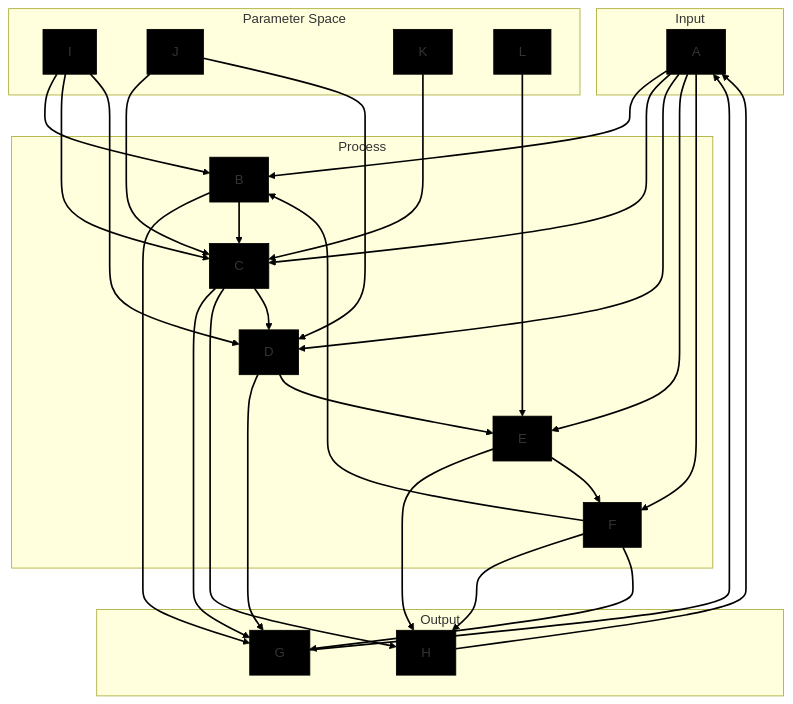
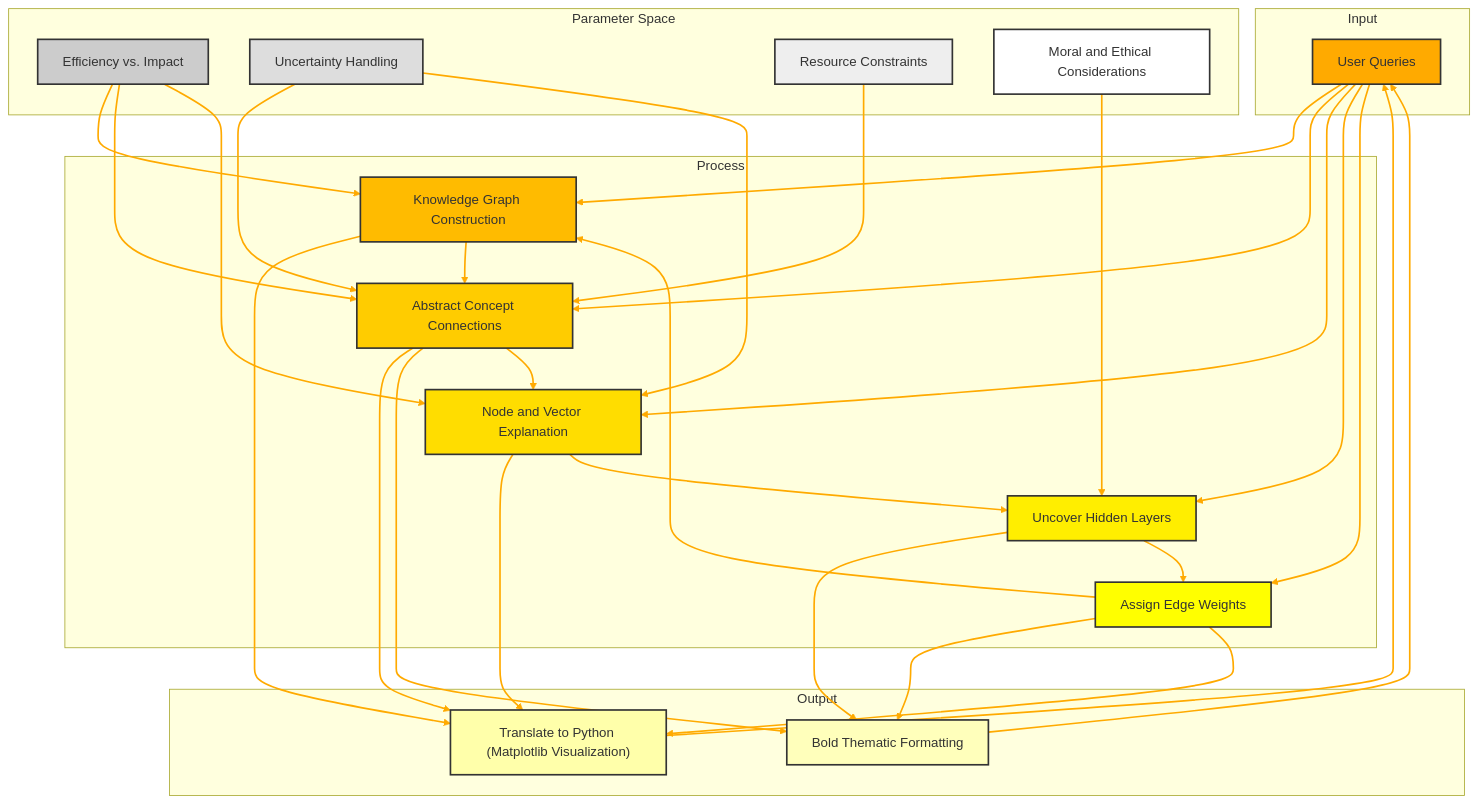
The diagram in dustOS.md (EveryOneIsGross/GPTs), drawn with Mermaid before and after one commit. The commit also changed other lines of this file, not shown here.

````diff
--- a/dustOS.md
+++ b/dustOS.md
@@ -60,78 +191,78 @@
-```mermaid
+```mermaid%%{init: {'theme': 'base', 'themeVariables': { 'primaryColor': '#ffaa00', 'primaryTextColor': '#ffaa00', 'primaryBorderColor': '#ffaa00', 'lineColor': '#ffaa00', 'secondaryColor': '#ffaa00', 'tertiaryColor': '#ffaa00', 'clusterBkg': 'none', 'clusterBorder': 'none', 'fontSize': '0px'}}}%%
 graph TD
     subgraph Input
-        A["A"]
+        A["User Queries"]
     end
     
     subgraph Process
-        B["B"]
-        C["C"]
-        D["D"]
-        E["E"]
-        F["F"]
+        B["Knowledge Graph Construction"]
+        C["Abstract Concept Connections"]
+        D["Node and Vector Explanation"]
+        E["Uncover Hidden Layers"]
+        F["Assign Edge Weights"]
     end
     
     subgraph Output
-        G["G"]
-        H["H"]
+        G["Translate to Python (Matplotlib Visualization)"]
+        H["Bold Thematic Formatting"]
     end
     
     subgraph "Parameter Space"
-        I["I"]
-        J["J"]
-        K["K"]
-        L["L"]
+        I["Efficiency vs. Impact"]
+        J["Uncertainty Handling"]
+        K["Resource Constraints"]
+        L["Moral and Ethical Considerations"]
     end
 
     %% Connections from Input
     A --> B
     A --> C
     A --> D
     A --> E
     A --> F
 
     %% Connections from Processes to Outputs
     B --> G
     C --> G
     D --> G
     C --> H
     E --> H
     F --> H
     F --> G
 
     %% Connections within Process for feedback and flow
     B --> C
     C --> D
     D --> E
     E --> F
     F --> B
 
     %% Multiway Connections from Parameters to Processes
     I --> B
     I --> C
     I --> D
     J --> C
     J --> D
     K --> C
     L --> E
 
     %% Reverse directions for feedback loops
     G --> A
     H --> A
 
     %% Style settings
-    style A fill:#000000, stroke:#000000
-    style B fill:#000000, stroke:#000000
-    style C fill:#000000, stroke:#000000
-    style D fill:#000000, stroke:#000000
-    style E fill:#000000, stroke:#000000
-    style F fill:#000000, stroke:#000000
-    style G fill:#000000, stroke:#000000
-    style H fill:#000000, stroke:#000000
-    style I fill:#000000, stroke:#000000
-    style J fill:#000000, stroke:#000000
-    style K fill:#000000, stroke:#000000
-    style L fill:#000000, stroke:#000000
+    style A fill:#ffaa00,stroke:#333,stroke-width:2px;
+    style B fill:#ffbb00,stroke:#333,stroke-width:2px;
+    style C fill:#ffcc00,stroke:#333,stroke-width:2px;
+    style D fill:#ffdd00,stroke:#333,stroke-width:2px;
+    style E fill:#ffee00,stroke:#333,stroke-width:2px;
+    style F fill:#ffff00,stroke:#333,stroke-width:2px;
+    style G fill:#ffffaa,stroke:#333,stroke-width:2px;
+    style H fill:#ffffbb,stroke:#333,stroke-width:2px;
+    style I fill:#cccccc,stroke:#333,stroke-width:2px;
+    style J fill:#dddddd,stroke:#333,stroke-width:2px;
+    style K fill:#eeeeee,stroke:#333,stroke-width:2px;
+    style L fill:#ffffff,stroke:#333,stroke-width:2px;
 
-    linkStyle default stroke:#000000, stroke-width:2px
+    linkStyle default stroke:#ffaa00,stroke-width:2px;
 ```
````
